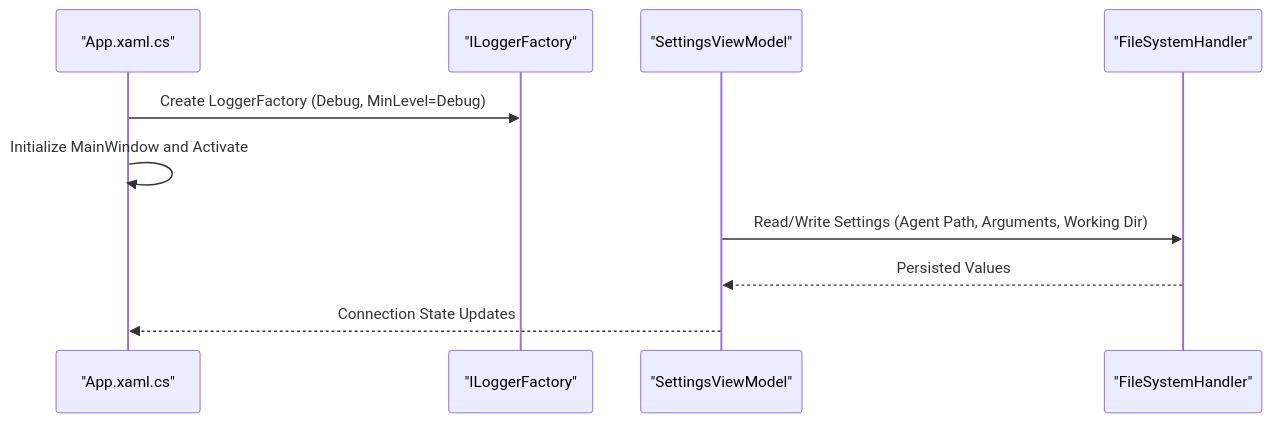
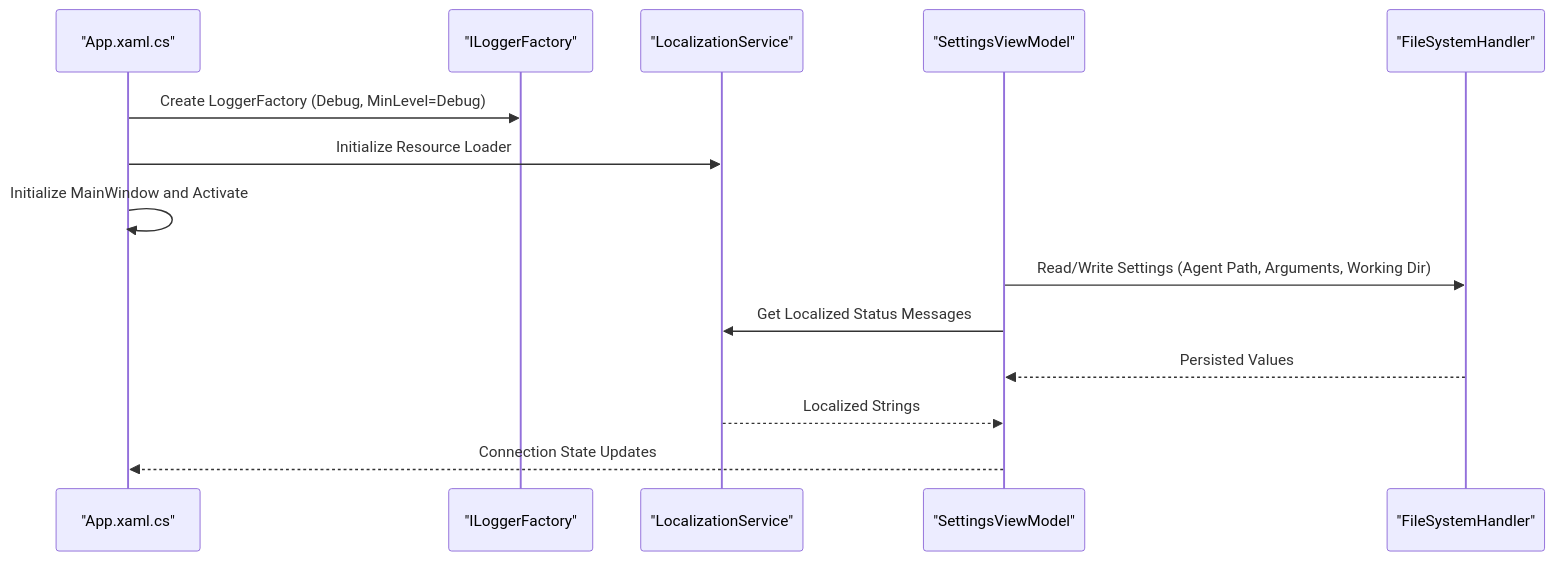
One commit to AgenticDesktop/App changed the ninth of 10 diagrams in .qoder/repowiki/en/content/Configuration and Deployment.md. Above: the diagram before and after it, drawn with Mermaid. The commit also changed other lines of this file and 22 other files, not shown here.

````diff
--- a/.qoder/repowiki/en/content/Configuration and Deployment.md
+++ b/.qoder/repowiki/en/content/Configuration and Deployment.md
@@ -310,12 +376,16 @@
 ```mermaid
 sequenceDiagram
 participant App as "App.xaml.cs"
 participant Logger as "ILoggerFactory"
+participant Localization as "LocalizationService"
 participant UI as "SettingsViewModel"
 participant FS as "FileSystemHandler"
 App->>Logger : Create LoggerFactory (Debug, MinLevel=Debug)
+App->>Localization : Initialize Resource Loader
 App->>App : Initialize MainWindow and Activate
 UI->>FS : Read/Write Settings (Agent Path, Arguments, Working Dir)
+UI->>Localization : Get Localized Status Messages
 FS-->>UI : Persisted Values
+Localization-->>UI : Localized Strings
 UI-->>App : Connection State Updates
 ```
````
